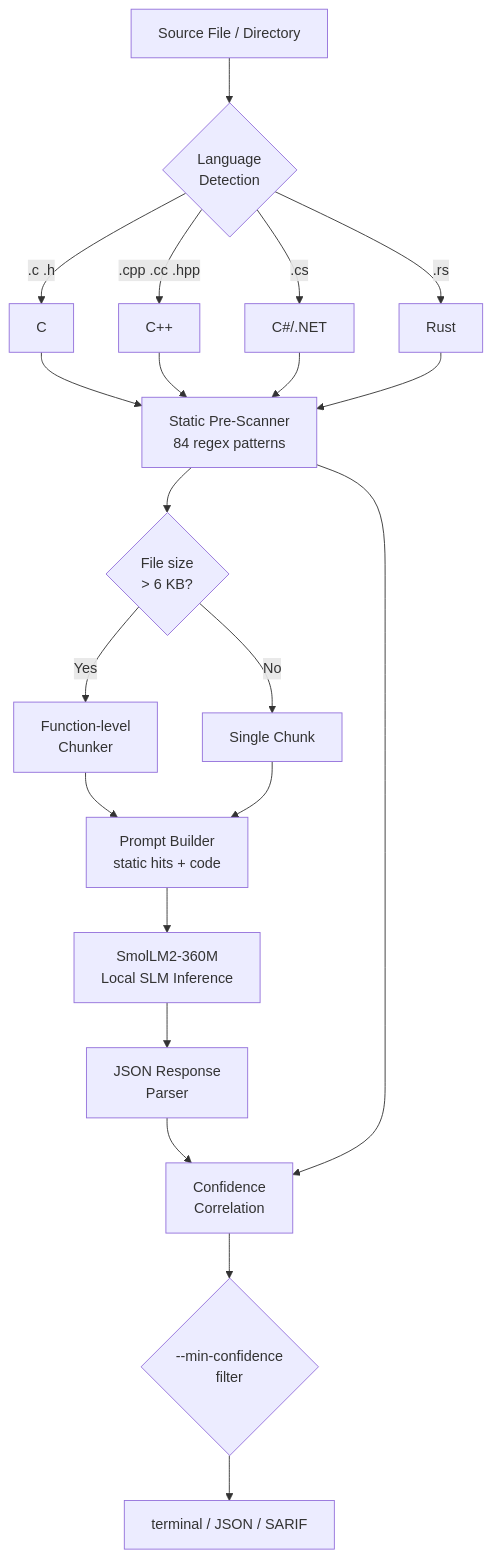
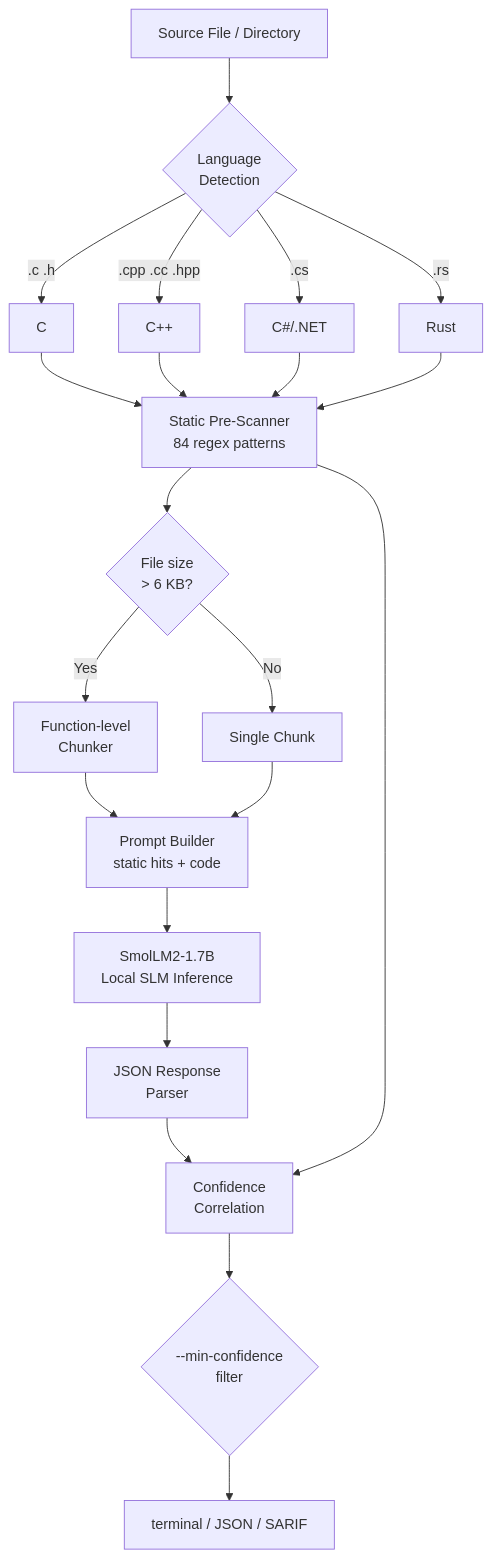
The diagram in README.md (anubhavg-icpl/slm-l), drawn with Mermaid before and after one commit. The commit also changed other lines of this file and 1 other file, not shown here.

First line of the commit message:
feat(config): switch default model to SmolLM2-1.7B-Instruct

````diff
--- a/README.md
+++ b/README.md
@@ -63,21 +63,21 @@
 ```mermaid
 flowchart TD
     A[Source File / Directory] --> B{Language\nDetection}
     B -->|.c .h| C[C]
     B -->|.cpp .cc .hpp| D[C++]
     B -->|.cs| E[C#/.NET]
     B -->|.rs| F[Rust]
 
     C & D & E & F --> G[Static Pre-Scanner\n84 regex patterns]
     G --> H{File size\n> 6 KB?}
     H -->|Yes| I[Function-level\nChunker]
     H -->|No| J[Single Chunk]
     I & J --> K[Prompt Builder\nstatic hits + code]
 
-    K --> L[SmolLM2-360M\nLocal SLM Inference]
+    K --> L[SmolLM2-1.7B\nLocal SLM Inference]
     L --> M[JSON Response\nParser]
     M --> N[Confidence\nCorrelation]
     G --> N
     N --> O{--min-confidence\nfilter}
     O --> P[terminal / JSON / SARIF]
 ```
````
